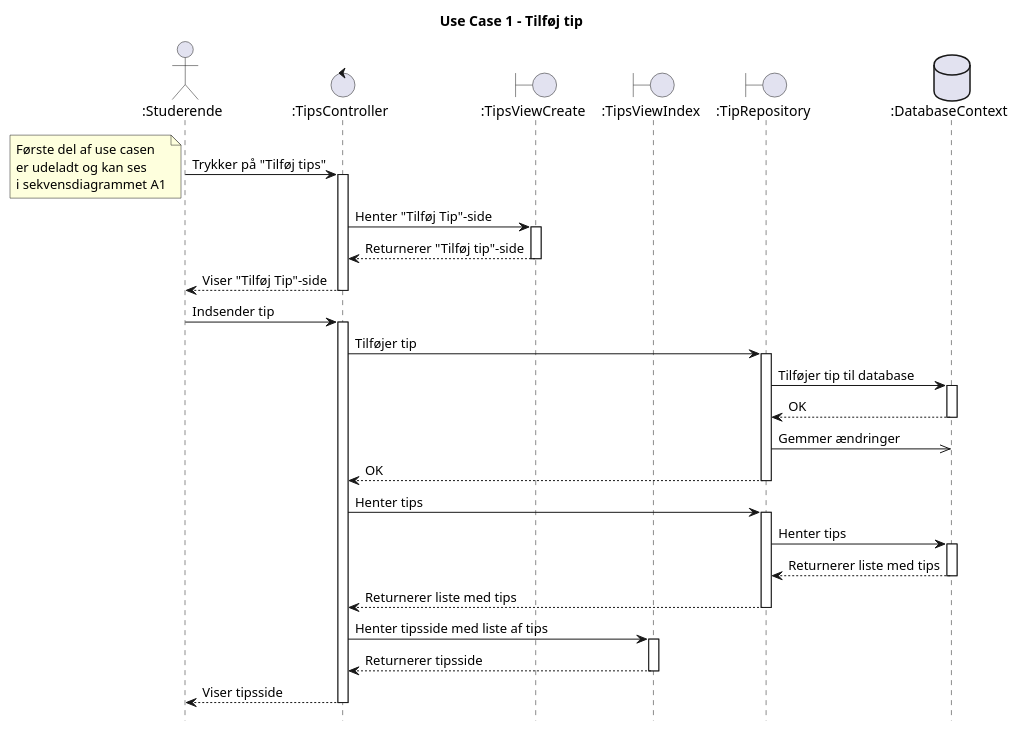
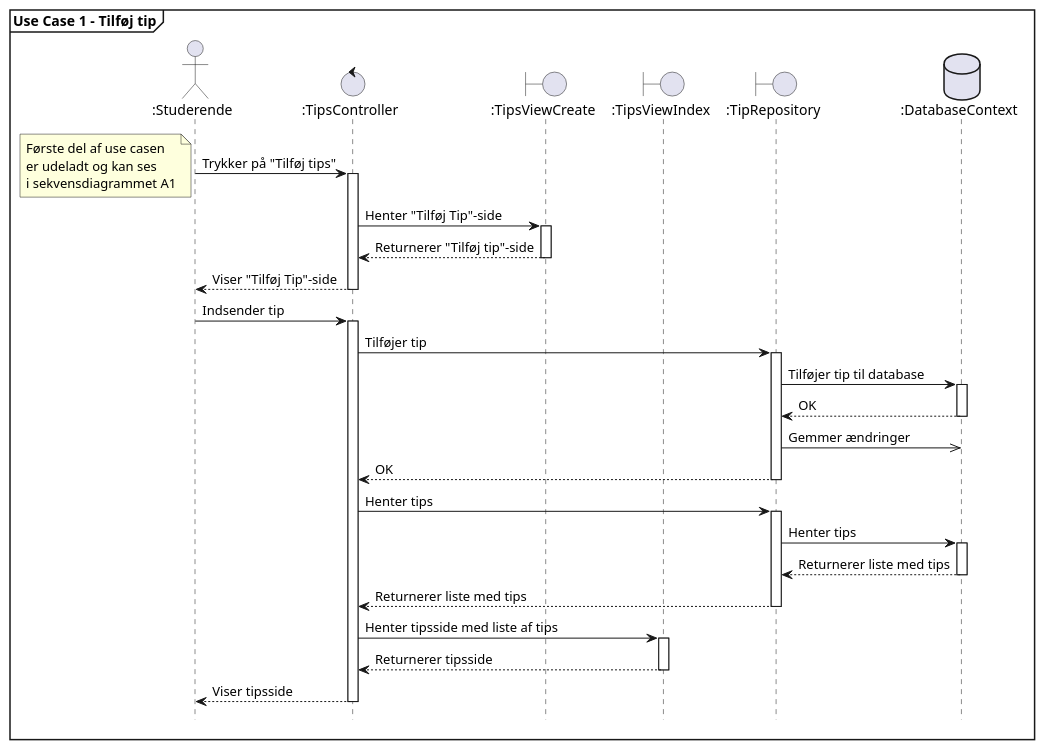
Before and after one commit to I4PRJ4/I4PRJ4-plantuml: the diagram in plantuml/Sequence Diagrams/Arkitektur/UC1.puml, drawn with PlantUML.

```diff
--- a/plantuml/Sequence Diagrams/Arkitektur/UC1.puml
+++ b/plantuml/Sequence Diagrams/Arkitektur/UC1.puml
@@ -1,73 +1,74 @@
 @startuml
-title Use Case 1 - Tilføj tip
+
+mainframe **Use Case 1 - Tilføj tip**
 
 actor       ":Studerende"       as stud
 control       ":TipsController"       as tipscont
 boundary       ":TipsViewCreate"       as tipscreate
 boundary       ":TipsViewIndex"       as tipsindex
 boundary       ":TipRepository"       as tipsrepo
 database       ":DatabaseContext"       as db
 
 
 stud -> tipscont: Trykker på "Tilføj tips"
 
 note left
 Første del af use casen
 er udeladt og kan ses
 i sekvensdiagrammet A1
 end note
 
 
 Activate tipscont
 tipscont -> tipscreate: Henter "Tilføj Tip"-side
 
 Activate tipscreate
 tipscreate --> tipscont: Returnerer "Tilføj tip"-side
 Deactivate tipscreate
 
 tipscont --> stud: Viser "Tilføj Tip"-side
 
 Deactivate tipscont
 
 stud -> tipscont: Indsender tip
 
 Activate tipscont
 tipscont -> tipsrepo: Tilføjer tip
 
 Activate tipsrepo
 tipsrepo -> db: Tilføjer tip til database
 
 Activate db
 db --> tipsrepo: OK
 Deactivate db
 
 tipsrepo ->> db: Gemmer ændringer
 
 tipsrepo --> tipscont: OK
 Deactivate tipsrepo
 
 tipscont -> tipsrepo: Henter tips
 
 Activate tipsrepo
 tipsrepo -> db: Henter tips
 
 Activate db
 db --> tipsrepo: Returnerer liste med tips
 Deactivate db
 
 tipsrepo --> tipscont: Returnerer liste med tips
 
 Deactivate tipsrepo
 
 tipscont -> tipsindex: Henter tipsside med liste af tips
 Activate tipsindex
 tipsindex --> tipscont: Returnerer tipsside
 Deactivate tipsindex
 
 tipscont --> stud: Viser tipsside
 Deactivate tipscont
 
 
 hide footbox
 
 @enduml
```
